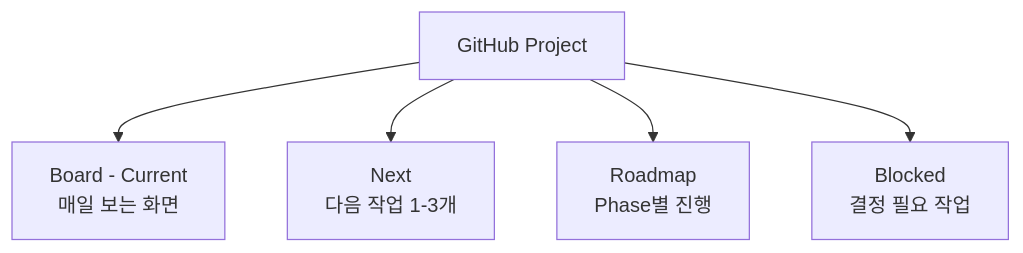
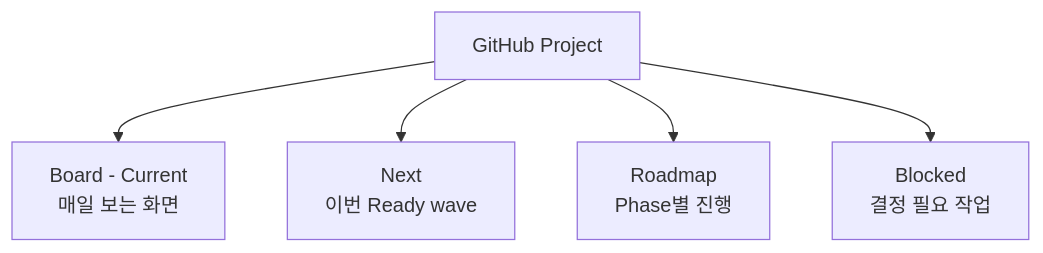
Before and after one commit to r0feynman/codex-deepresearch: the fifth of 9 diagrams in docs/codex-deepresearch-project-management.md, drawn with Mermaid. The commit also changed other lines of this file and 6 other files, not shown here.

````diff
--- a/docs/codex-deepresearch-project-management.md
+++ b/docs/codex-deepresearch-project-management.md
@@ -132,7 +139,7 @@
 ```mermaid
 flowchart TB
   Project["GitHub Project"] --> Board["Board - Current<br/>매일 보는 화면"]
-  Project --> Next["Next<br/>다음 작업 1-3개"]
+  Project --> Next["Next<br/>이번 Ready wave"]
   Project --> Roadmap["Roadmap<br/>Phase별 진행"]
   Project --> BlockedView["Blocked<br/>결정 필요 작업"]
 ```
````
